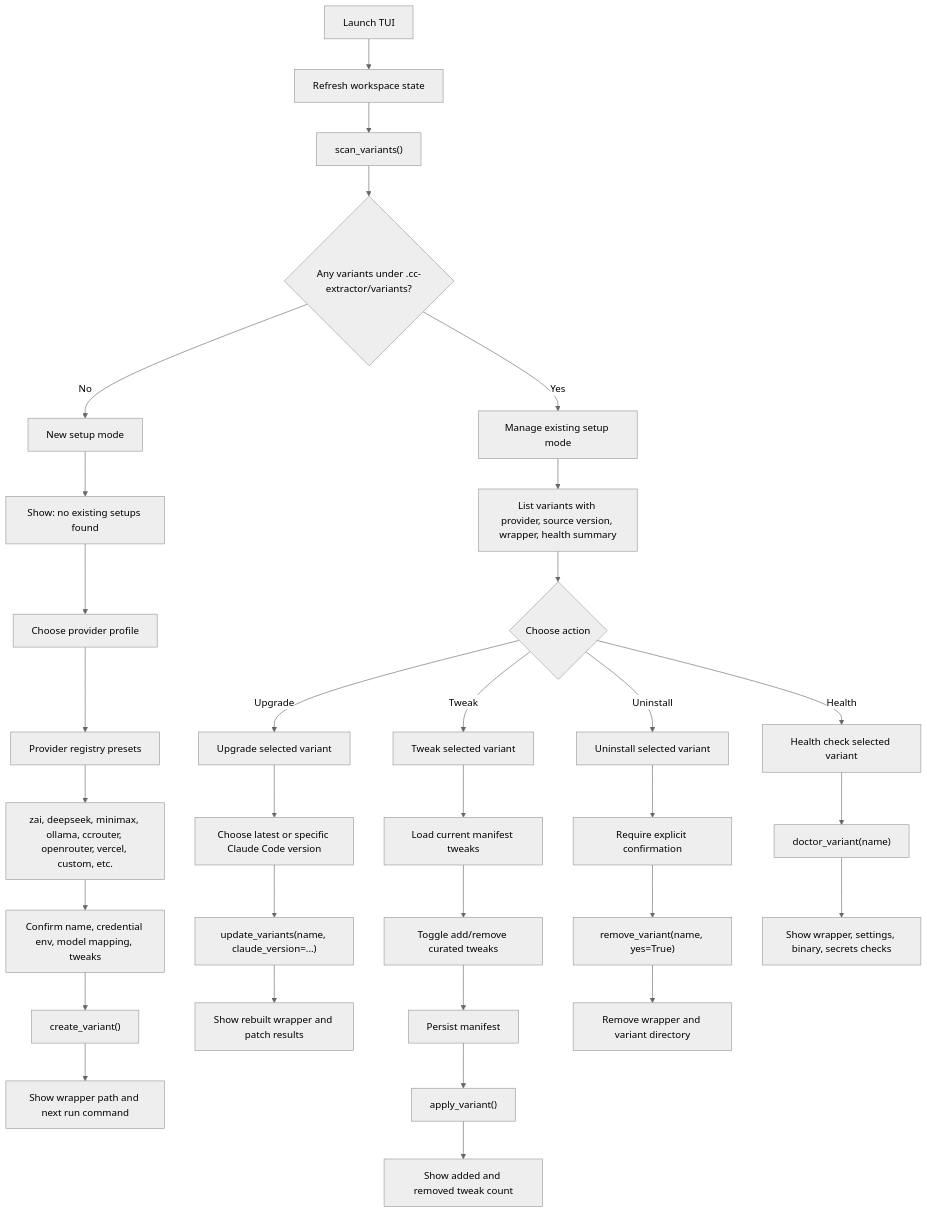
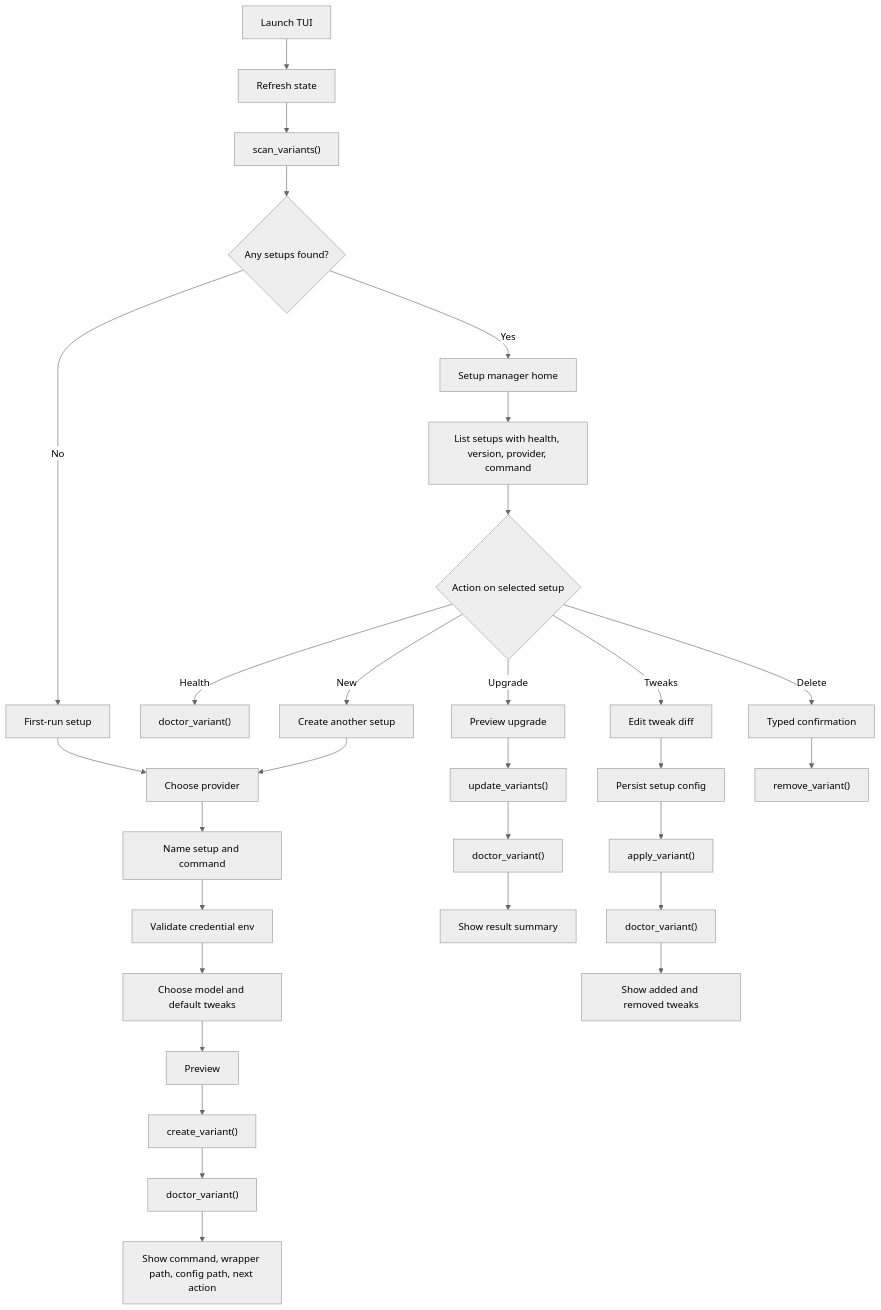
Before and after one commit to whit3rabbit/cc-extract: the second of 2 diagrams in docs/TUI_FLOW.md, drawn with Mermaid (neutral theme). The commit also changed other lines of this file and 9 other files, not shown here.

Commit message:
Add setup lifecycle flow to the TUI

````diff
--- a/docs/TUI_FLOW.md
+++ b/docs/TUI_FLOW.md
@@ -70,40 +76,39 @@
 ```mermaid
 flowchart TD
-    A["Launch TUI"] --> B["Refresh workspace state"]
+    A["Launch TUI"] --> B["Refresh state"]
     B --> C["scan_variants()"]
-    C --> D{"Any variants under .cc-extractor/variants?"}
+    C --> D{"Any setups found?"}
 
-    D -->|No| E["New setup mode"]
-    E --> E1["Show: no existing setups found"]
-    E1 --> E2["Choose provider profile"]
-    E2 --> E3["Provider registry presets"]
-    E3 --> E4["zai, deepseek, minimax, ollama, ccrouter, openrouter, vercel, custom, etc."]
-    E4 --> E5["Confirm name, credential env, model mapping, tweaks"]
+    D -->|No| E["First-run setup"]
+    E --> E1["Choose provider"]
+    E1 --> E2["Name setup and command"]
+    E2 --> E3["Validate credential env"]
+    E3 --> E4["Choose model and default tweaks"]
+    E4 --> E5["Preview"]
     E5 --> E6["create_variant()"]
-    E6 --> E7["Show wrapper path and next run command"]
+    E6 --> E7["doctor_variant()"]
+    E7 --> E8["Show command, wrapper path, config path, next action"]
 
-    D -->|Yes| F["Manage existing setup mode"]
-    F --> F1["List variants with provider, source version, wrapper, health summary"]
-    F1 --> F2{"Choose action"}
+    D -->|Yes| F["Setup manager home"]
+    F --> F1["List setups with health, version, provider, command"]
+    F1 --> F2{"Action on selected setup"}
 
-    F2 -->|Upgrade| G["Upgrade selected variant"]
-    G --> G1["Choose latest or specific Claude Code version"]
-    G1 --> G2["update_variants(name, claude_version=...)"]
-    G2 --> G3["Show rebuilt wrapper and patch results"]
+    F2 -->|Health| G["doctor_variant()"]
 
-    F2 -->|Tweak| H["Tweak selected variant"]
-    H --> H1["Load current manifest tweaks"]
-    H1 --> H2["Toggle add/remove curated tweaks"]
-    H2 --> H3["Persist manifest"]
-    H3 --> H4["apply_variant()"]
-    H4 --> H5["Show added and removed tweak count"]
+    F2 -->|Upgrade| H["Preview upgrade"]
+    H --> H1["update_variants()"]
+    H1 --> H2["doctor_variant()"]
+    H2 --> H3["Show result summary"]
 
-    F2 -->|Uninstall| I["Uninstall selected variant"]
-    I --> I1["Require explicit confirmation"]
-    I1 --> I2["remove_variant(name, yes=True)"]
-    I2 --> I3["Remove wrapper and variant directory"]
+    F2 -->|Tweaks| I["Edit tweak diff"]
+    I --> I1["Persist setup config"]
+    I1 --> I2["apply_variant()"]
+    I2 --> I3["doctor_variant()"]
+    I3 --> I4["Show added and removed tweaks"]
 
-    F2 -->|Health| J["Health check selected variant"]
-    J --> J1["doctor_variant(name)"]
-    J1 --> J2["Show wrapper, settings, binary, secrets checks"]
+    F2 -->|Delete| J["Typed confirmation"]
+    J --> J1["remove_variant()"]
+
+    F2 -->|New| K["Create another setup"]
+    K --> E1
 ```
````
